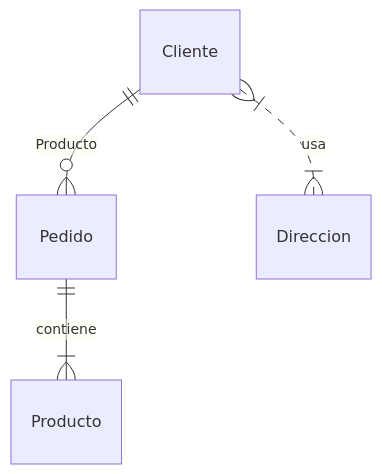
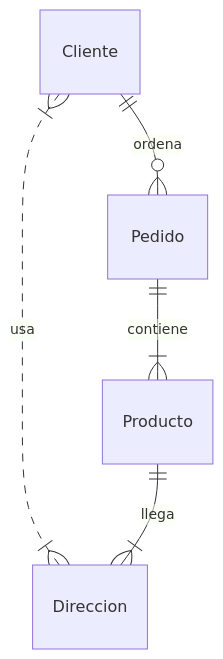
The sixth of 7 diagrams in README.md (samueldam1/diagramaMarkdown), drawn with Mermaid before and after one commit. The commit also changed other lines of this file, not shown here.

````diff
--- a/README.md
+++ b/README.md
@@ -71,6 +71,7 @@
 ```mermaid
 erDiagram
-    Cliente ||--o{ Pedido : Producto
+    Cliente ||--o{ Pedido : ordena
     Pedido ||--|{ Producto: contiene
     Cliente }|..|{ Direccion : usa
+    Producto ||--|{ Direccion : llega
 ```
````
